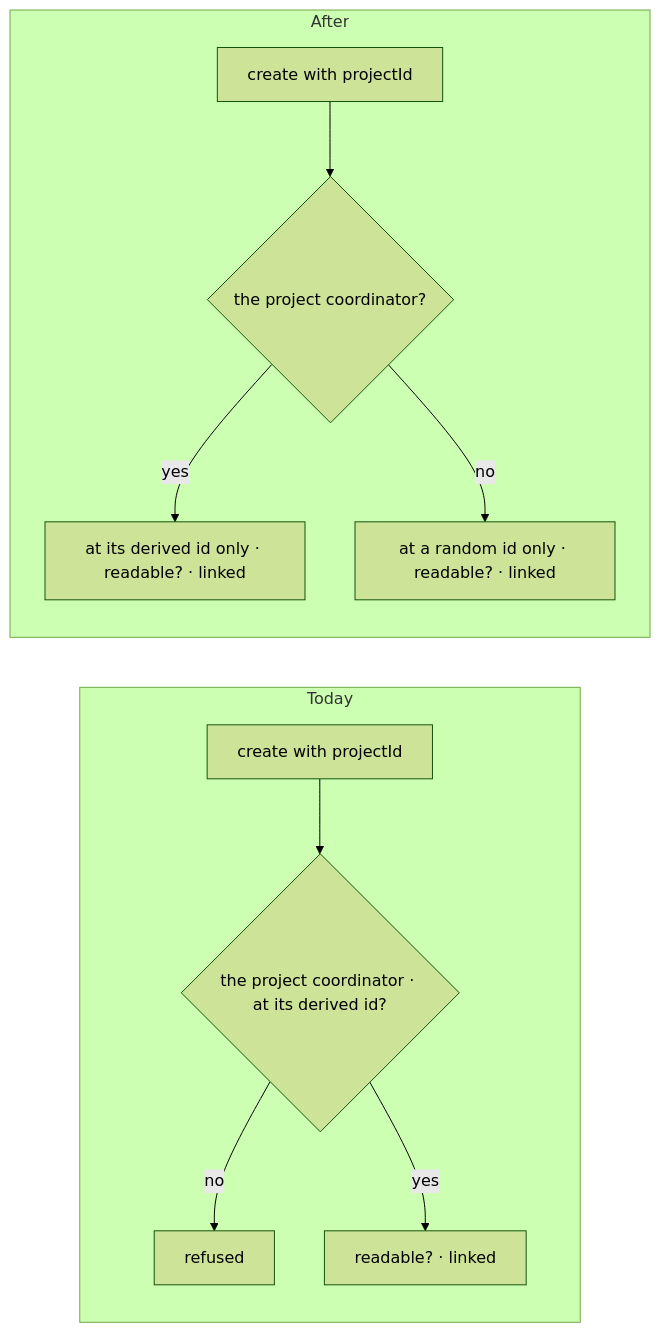
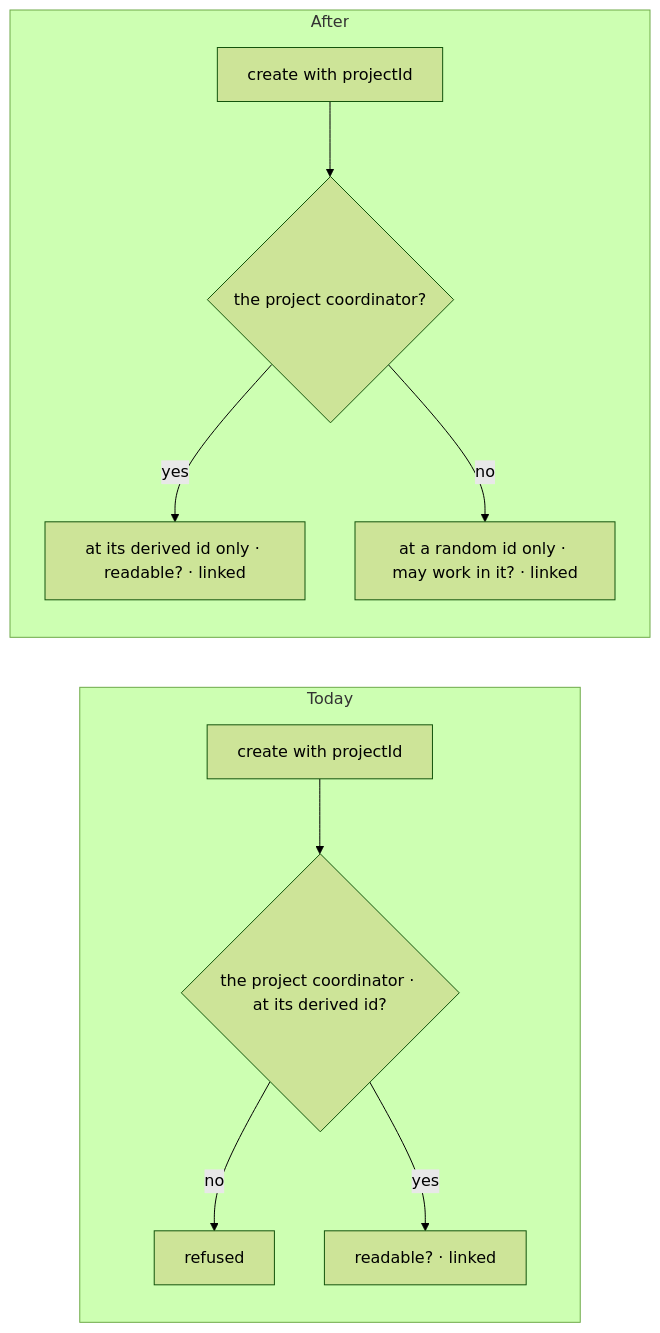
One commit to fixpoint-labs/flow-state-dev changed the second of 3 diagrams in specs/issues/FIX-2161/SPEC.md. Above: the diagram before and after it, drawn with Mermaid (forest theme). The commit also changed other lines of this file and 2 other files, not shown here.

````diff
--- a/specs/issues/FIX-2161/SPEC.md
+++ b/specs/issues/FIX-2161/SPEC.md
@@ -52,13 +52,13 @@
 ```mermaid
 flowchart LR
   subgraph today ["Today"]
     T1["create with projectId"] --> T2{"the project coordinator · at its derived id?"}
     T2 -->|"no"| T3["refused"]
     T2 -->|"yes"| T4["readable? · linked"]
   end
   subgraph after ["After"]
     A1["create with projectId"] --> A2{"the project coordinator?"}
     A2 -->|"yes"| A3["at its derived id only · readable? · linked"]
-    A2 -->|"no"| A4["at a random id only · readable? · linked"]
+    A2 -->|"no"| A4["at a random id only · may work in it? · linked"]
   end
 ```
````
